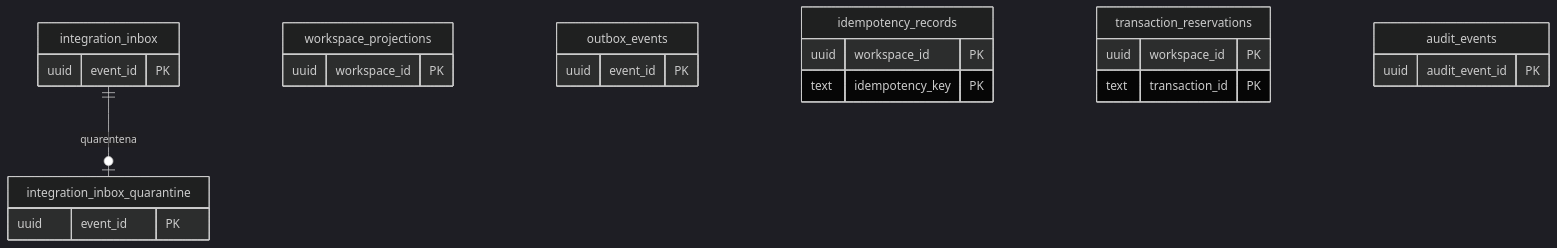
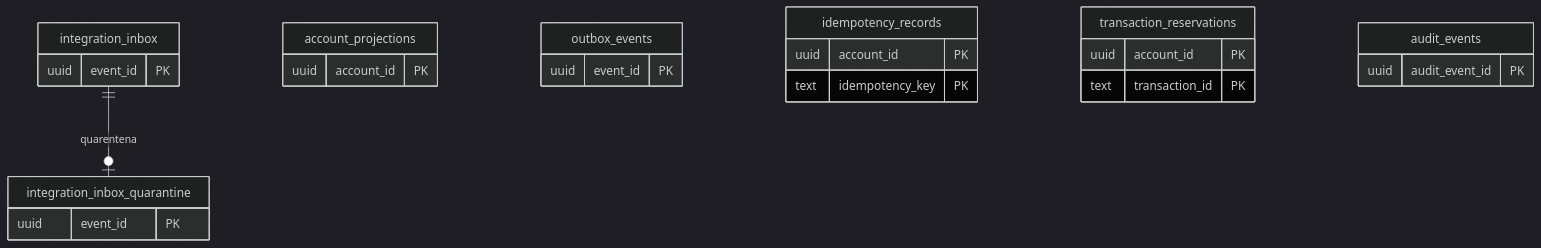
The second of 8 diagrams in docs/modelo-de-dados.md (codephi/subscription), drawn with Mermaid (dark theme) before and after one commit. The commit also changed other lines of this file and 214 other files, not shown here.

Commit message:
Rename workspace domain to account

````diff
--- a/docs/modelo-de-dados.md
+++ b/docs/modelo-de-dados.md
@@ -25,27 +25,27 @@
 ```mermaid
 erDiagram
     integration_inbox ||--o| integration_inbox_quarantine : quarentena
-    workspace_projections {
-        uuid workspace_id PK
+    account_projections {
+        uuid account_id PK
     }
     integration_inbox {
         uuid event_id PK
     }
     integration_inbox_quarantine {
         uuid event_id PK
     }
     outbox_events {
         uuid event_id PK
     }
     idempotency_records {
-        uuid workspace_id PK
+        uuid account_id PK
         text idempotency_key PK
     }
     transaction_reservations {
-        uuid workspace_id PK
+        uuid account_id PK
         text transaction_id PK
     }
     audit_events {
         uuid audit_event_id PK
     }
 ```
````
